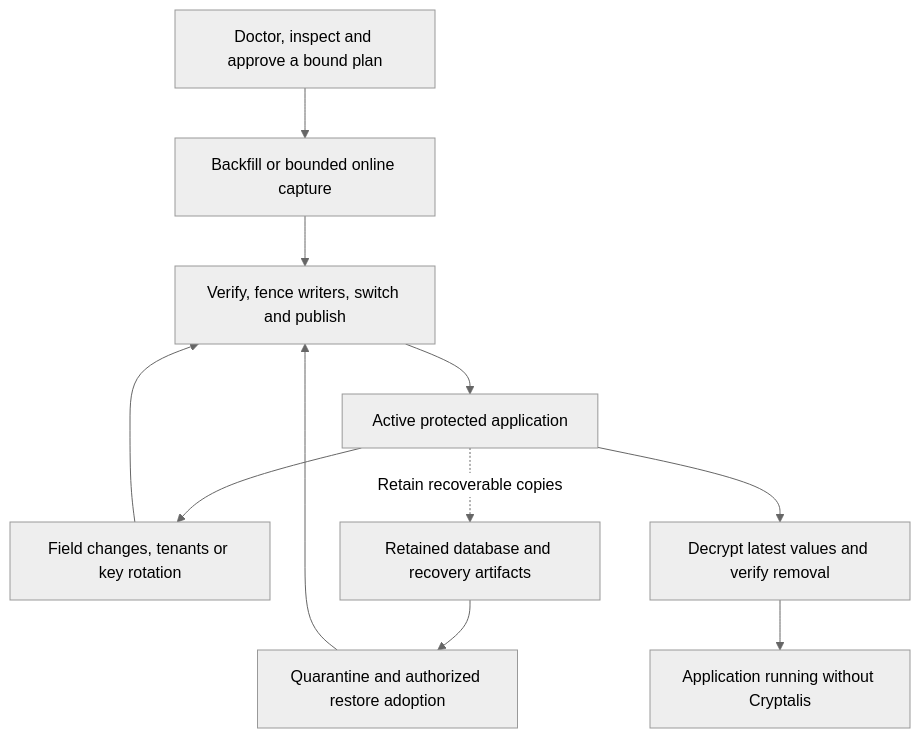
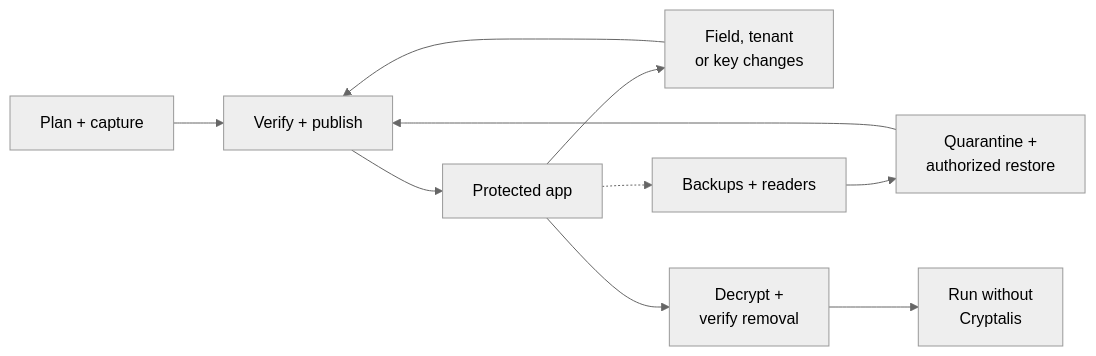
The second of 3 diagrams in README.md (Debrato2005/cryptalis), drawn with Mermaid (neutral theme) before and after one commit. The commit also changed other lines of this file, not shown here.

First line of the commit message:
docs: lay out README diagrams horizontally

````diff
--- a/README.md
+++ b/README.md
@@ -107,18 +98,17 @@
 ```mermaid
-flowchart TB
-    PLAN["Doctor, inspect and approve a bound plan"]
-    CAPTURE["Backfill or bounded online capture"]
-    VERIFY["Verify, fence writers, switch and publish"]
-    ACTIVE["Active protected application"]
-    CHANGE["Field changes, tenants or key rotation"]
-    BACKUP["Retained database and recovery artifacts"]
-    RESTORE["Quarantine and authorized restore adoption"]
-    DECRYPT["Decrypt latest values and verify removal"]
-    NATIVE["Application running without Cryptalis"]
+flowchart LR
+    PLAN["Plan + capture"]
+    VERIFY["Verify + publish"]
+    ACTIVE["Protected app"]
+    CHANGE["Field, tenant<br/>or key changes"]
+    BACKUP["Backups + readers"]
+    RESTORE["Quarantine +<br/>authorized restore"]
+    DECRYPT["Decrypt +<br/>verify removal"]
+    NATIVE["Run without<br/>Cryptalis"]
 
-    PLAN --> CAPTURE --> VERIFY --> ACTIVE
+    PLAN --> VERIFY --> ACTIVE
     ACTIVE --> CHANGE --> VERIFY
-    ACTIVE -.->|Retain recoverable copies| BACKUP
+    ACTIVE -.-> BACKUP
     BACKUP --> RESTORE --> VERIFY
     ACTIVE --> DECRYPT --> NATIVE
 ```
````
